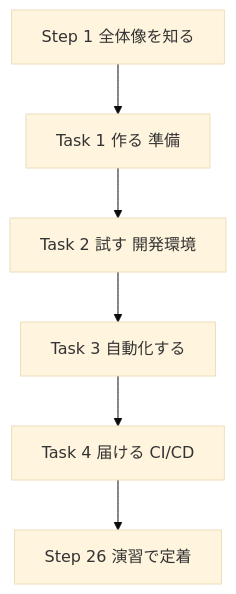
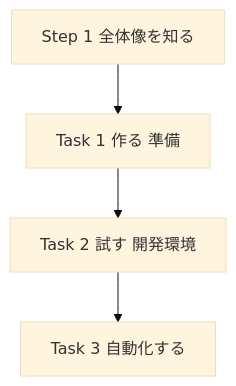
One commit to myoshi2891/Cloud-Infrastructure-and-Network-Studies changed the first of 28 diagrams in Aws-dva-c02-domain3-deployment-guide.md. Above: the diagram before and after it, drawn with Mermaid (base theme). The commit also changed other lines of this file and 1 other file, not shown here.

````diff
--- a/Aws-dva-c02-domain3-deployment-guide.md
+++ b/Aws-dva-c02-domain3-deployment-guide.md
@@ -64,8 +51,6 @@
 ```mermaid
 flowchart TD
     A["Step 1 全体像を知る"] --> B["Task 1 作る 準備"]
     B --> C["Task 2 試す 開発環境"]
     C --> D["Task 3 自動化する"]
-    D --> E["Task 4 届ける CI/CD"]
-    E --> F["Step 26 演習で定着"]
 ```
````
